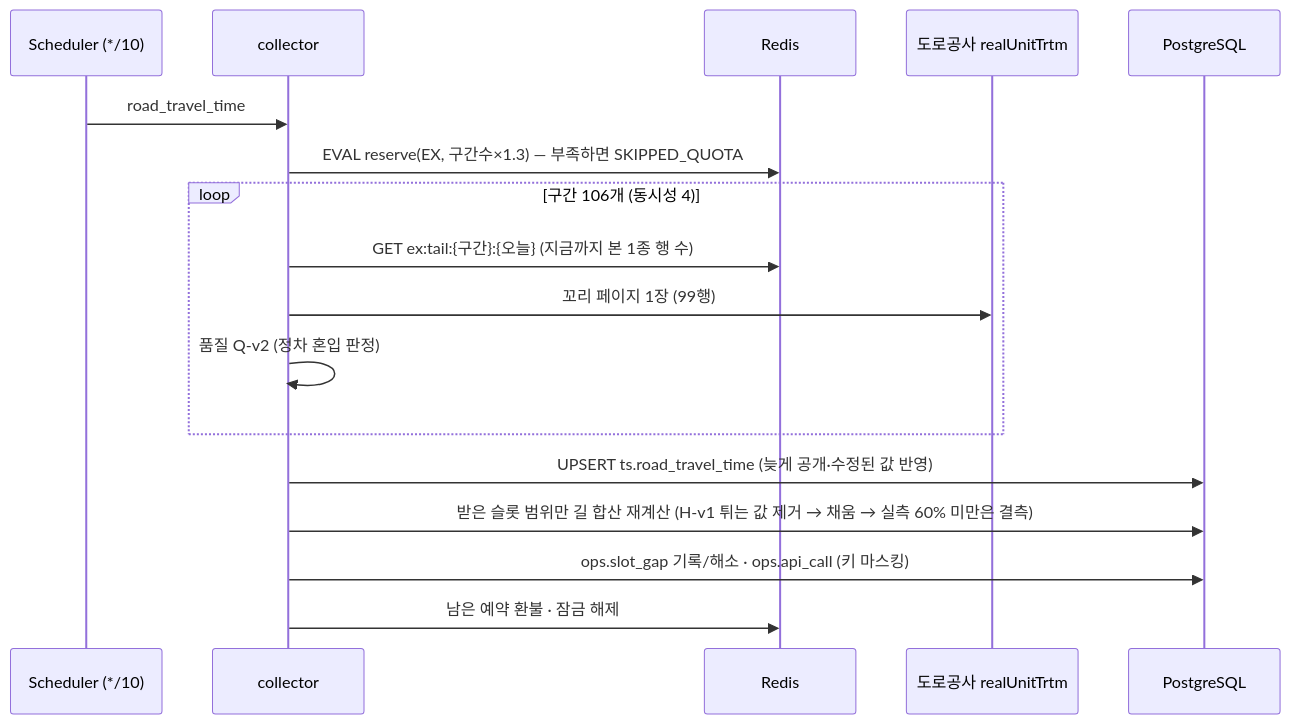
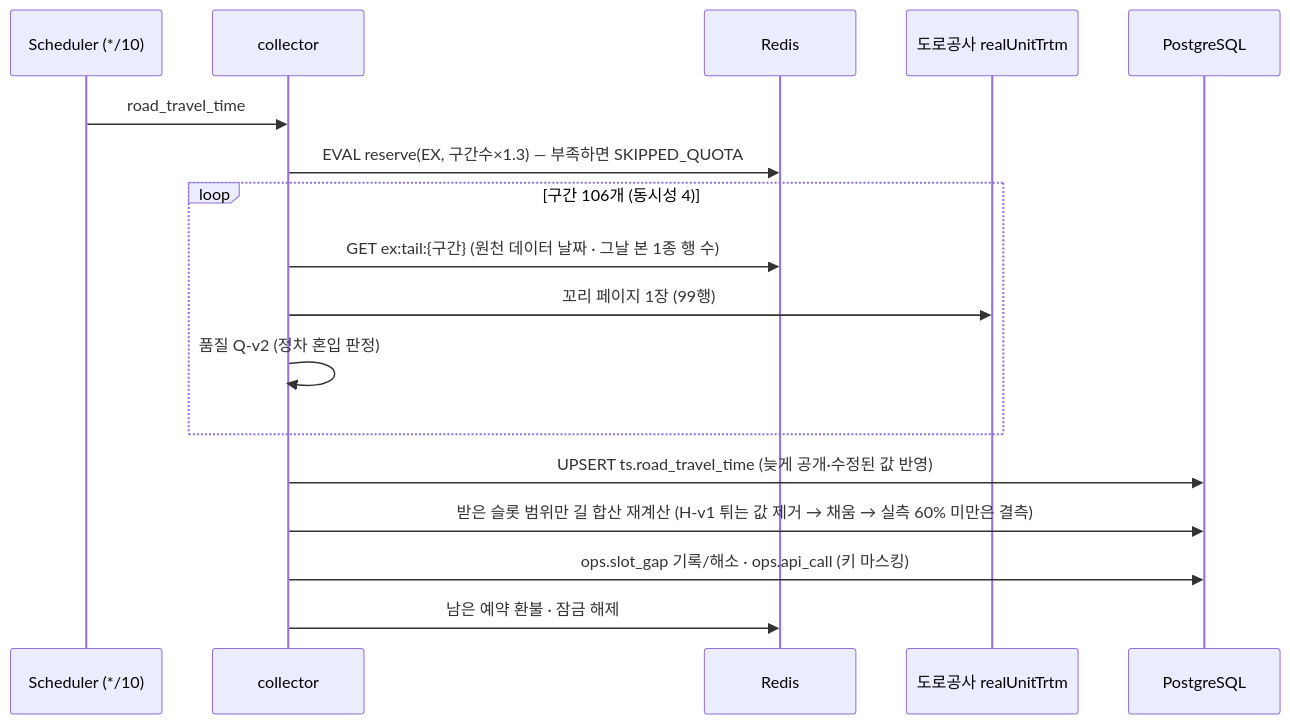
Before and after one commit to Jinyoung-Kang/roadrail: the second of 2 diagrams in README.md, drawn with Mermaid. The commit also changed 6 other files, not shown here.

````diff
--- a/README.md
+++ b/README.md
@@ -129,19 +129,19 @@
 ```mermaid
 sequenceDiagram
   participant S as Scheduler (*/10)
   participant C as collector
   participant R as Redis
   participant EX as 도로공사 realUnitTrtm
   participant DB as PostgreSQL
   S->>C: road_travel_time
   C->>R: EVAL reserve(EX, 구간수×1.3) — 부족하면 SKIPPED_QUOTA
   loop 구간 106개 (동시성 4)
-    C->>R: GET ex:tail:{구간}:{오늘} (지금까지 본 1종 행 수)
+    C->>R: GET ex:tail:{구간} (원천 데이터 날짜 · 그날 본 1종 행 수)
     C->>EX: 꼬리 페이지 1장 (99행)
     C->>C: 품질 Q-v2 (정차 혼입 판정)
   end
   C->>DB: UPSERT ts.road_travel_time (늦게 공개·수정된 값 반영)
   C->>DB: 받은 슬롯 범위만 길 합산 재계산 (H-v1 튀는 값 제거 → 채움 → 실측 60% 미만은 결측)
   C->>DB: ops.slot_gap 기록/해소 · ops.api_call (키 마스킹)
   C->>R: 남은 예약 환불 · 잠금 해제
 ```
````
